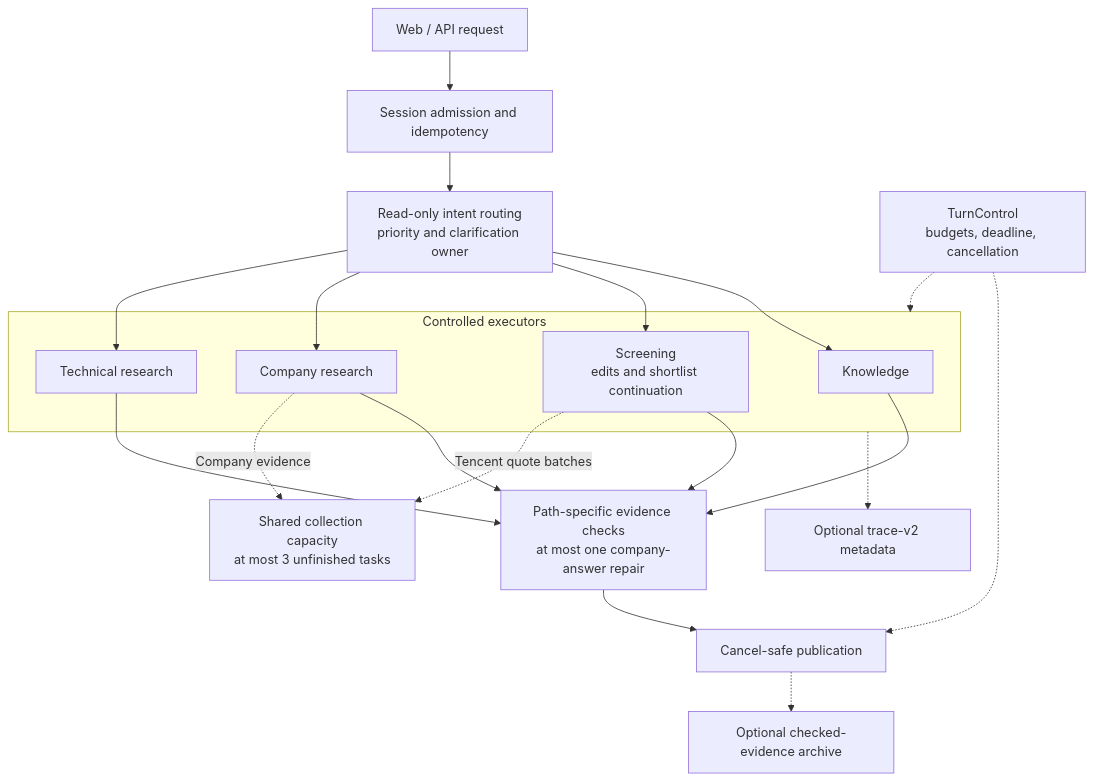
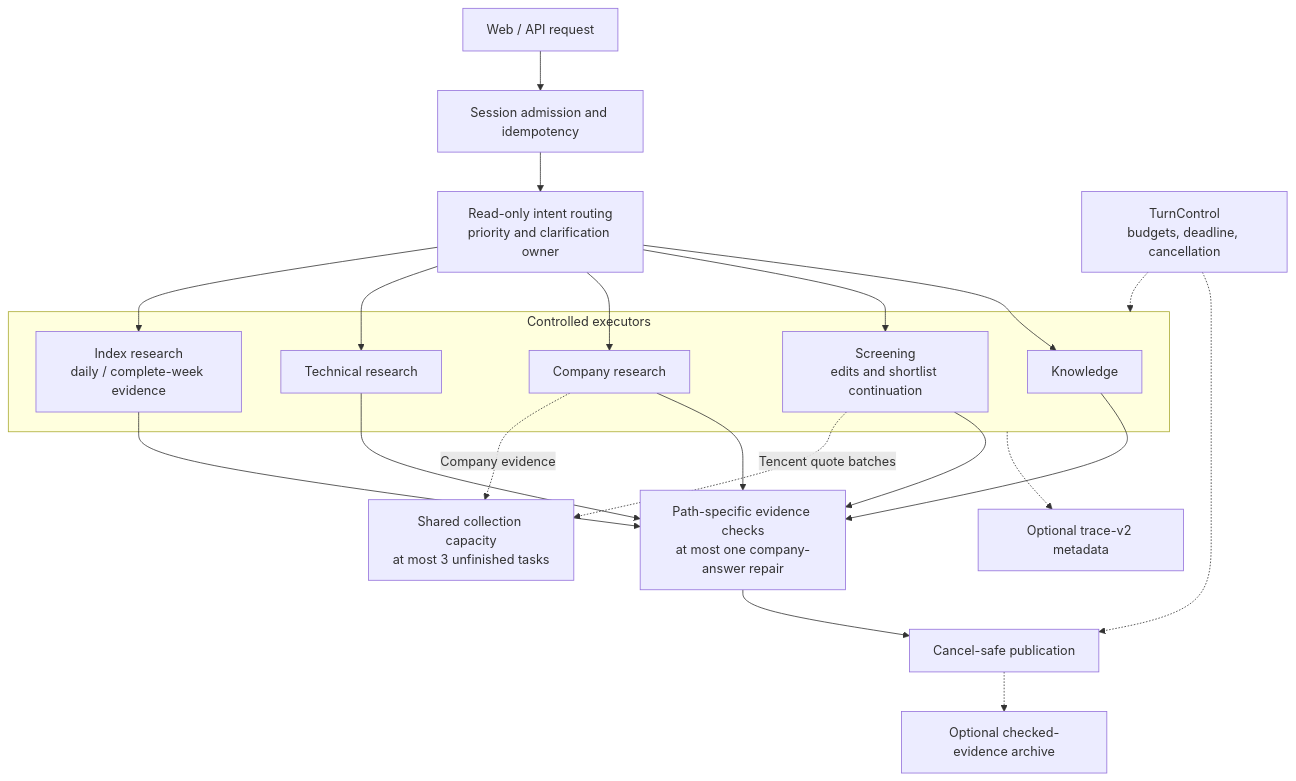
Before and after one commit to HK0281/Trading-Companion: the diagram in README.md, drawn with Mermaid. The commit also changed other lines of this file and 54 other files, not shown here.

Commit message:
feat: add daily and weekly index research

````diff
--- a/README.md
+++ b/README.md
@@ -19,26 +21,29 @@
 ```mermaid
 flowchart TD
     U["Web / API request"] --> A["Session admission and idempotency"]
     A --> R["Read-only intent routing<br/>priority and clarification owner"]
     subgraph X["Controlled executors"]
         K["Knowledge"]
         S["Screening<br/>edits and shortlist continuation"]
         C["Company research"]
         T["Technical research"]
+        I["Index research<br/>daily / complete-week evidence"]
     end
     R --> K
     R --> S
     R --> C
     R --> T
+    R --> I
     K --> V["Path-specific evidence checks<br/>at most one company-answer repair"]
     S --> V
     C --> V
     T --> V
+    I --> V
     V --> P["Cancel-safe publication"]
     B["TurnControl<br/>budgets, deadline, cancellation"] -.-> X
     B -.-> P
     S -. "Tencent quote batches" .-> Q["Shared collection capacity<br/>at most 3 unfinished tasks"]
     C -. "Company evidence" .-> Q
     X -.-> O["Optional trace-v2 metadata"]
     P -.-> H["Optional checked-evidence archive"]
 ```
````
